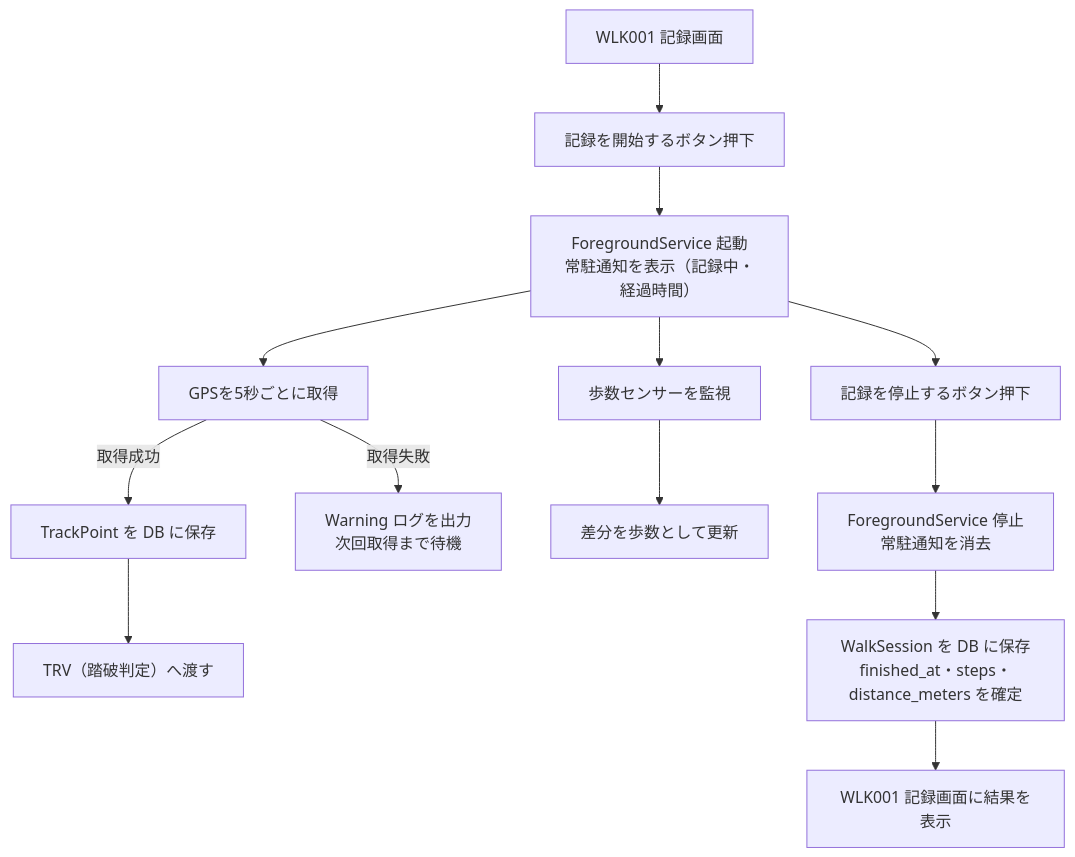
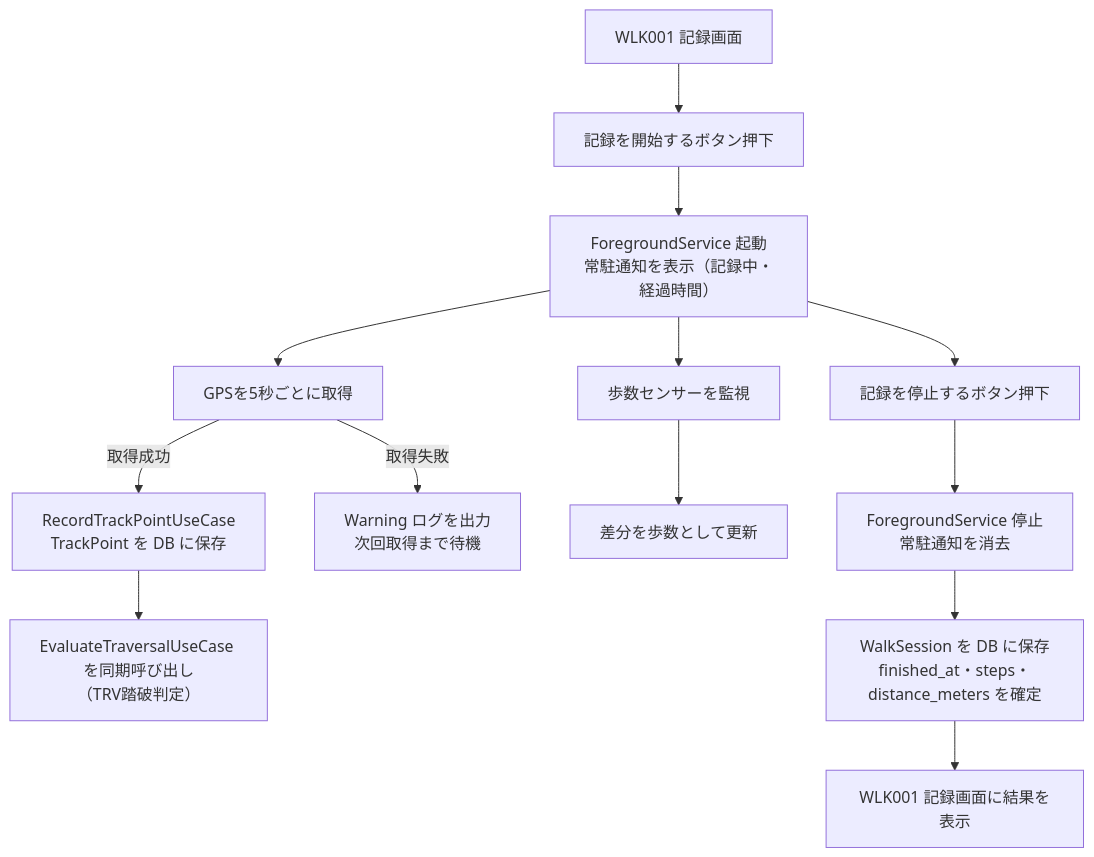
Before and after one commit to tnkmr32/WalkingTracker: the third of 5 diagrams in docs/03-basic-design/business-logic-design.md, drawn with Mermaid. The commit also changed other lines of this file and 4 other files, not shown here.

````diff
--- a/docs/03-basic-design/business-logic-design.md
+++ b/docs/03-basic-design/business-logic-design.md
@@ -55,15 +55,15 @@
 ```mermaid
 flowchart TD
     A["WLK001 記録画面"] --> B["記録を開始するボタン押下"]
     B --> C["ForegroundService 起動\n常駐通知を表示（記録中・経過時間）"]
     C --> D["GPSを5秒ごとに取得"]
     C --> E["歩数センサーを監視"]
-    D -->|取得成功| F["TrackPoint を DB に保存"]
-    F --> G["TRV（踏破判定）へ渡す"]
+    D -->|取得成功| F["RecordTrackPointUseCase\nTrackPoint を DB に保存"]
+    F --> G["EvaluateTraversalUseCase を同期呼び出し\n（TRV踏破判定）"]
     D -->|取得失敗| H["Warning ログを出力\n次回取得まで待機"]
     E --> I["差分を歩数として更新"]
     C --> J["記録を停止するボタン押下"]
     J --> K["ForegroundService 停止\n常駐通知を消去"]
     K --> L["WalkSession を DB に保存\nfinished_at・steps・distance_meters を確定"]
     L --> M["WLK001 記録画面に結果を表示"]
 ```
````
